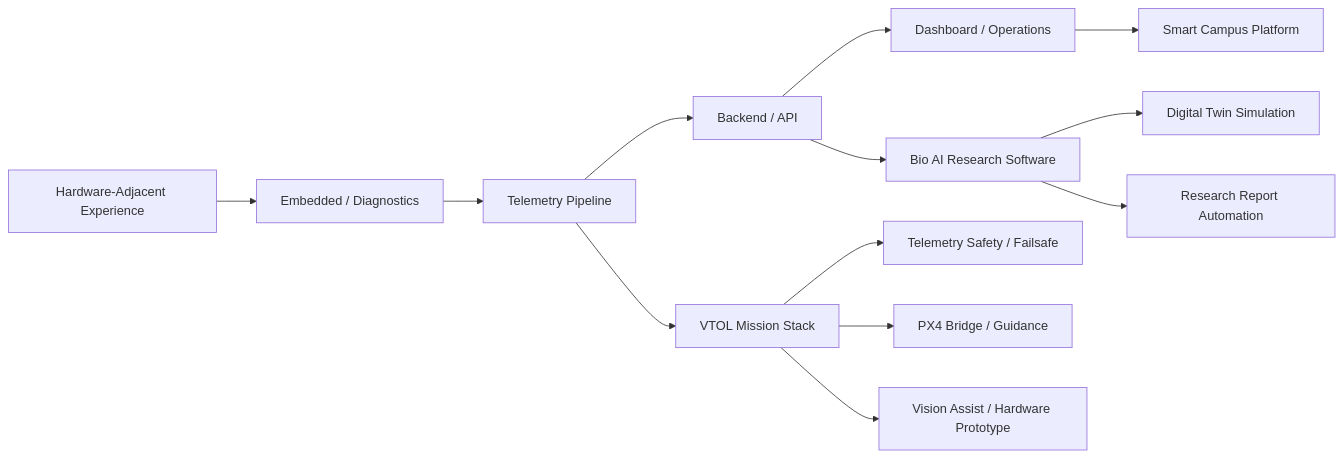
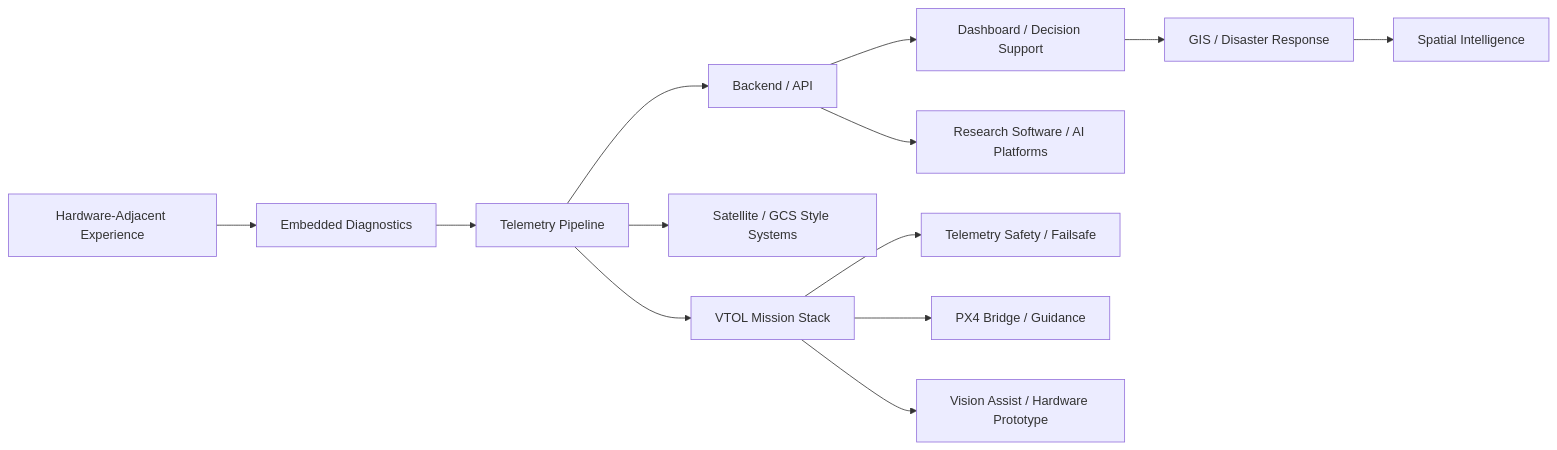
Before and after one commit to gxmzung/gxmzung: the diagram in README.md, drawn with Mermaid. The commit also changed other lines of this file, not shown here.

Commit message:
docs: align profile README with satellite GIS telemetry direction

````diff
--- a/README.md
+++ b/README.md
@@ -131,15 +151,15 @@
 ```mermaid
 flowchart LR
-    A[Hardware-Adjacent Experience] --> B[Embedded / Diagnostics]
+    A[Hardware-Adjacent Experience] --> B[Embedded Diagnostics]
     B --> C[Telemetry Pipeline]
     C --> D[Backend / API]
-    D --> E[Dashboard / Operations]
-    C --> F[VTOL Mission Stack]
-    F --> G[Telemetry Safety / Failsafe]
-    F --> H[PX4 Bridge / Guidance]
-    F --> I[Vision Assist / Hardware Prototype]
-    D --> J[Bio AI Research Software]
-    J --> K[Digital Twin Simulation]
-    J --> L[Research Report Automation]
-    E --> M[Smart Campus Platform]
+    D --> E[Dashboard / Decision Support]
+    C --> F[Satellite / GCS Style Systems]
+    C --> G[VTOL Mission Stack]
+    G --> H[Telemetry Safety / Failsafe]
+    G --> I[PX4 Bridge / Guidance]
+    G --> J[Vision Assist / Hardware Prototype]
+    E --> K[GIS / Disaster Response]
+    K --> L[Spatial Intelligence]
+    D --> M[Research Software / AI Platforms]
 ```
````
